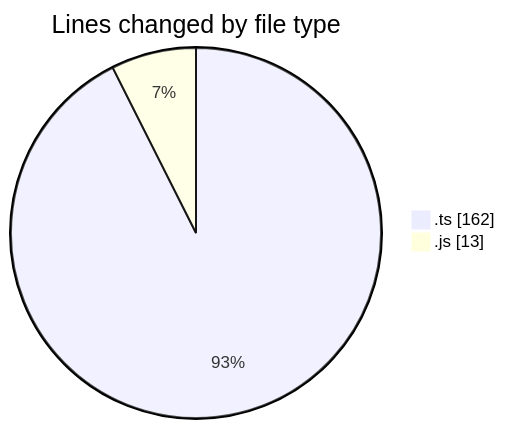
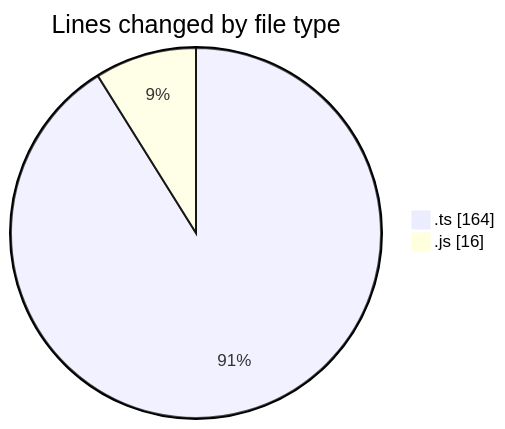
Before and after one commit to momahboobian/code-tracking: the first of 2 diagrams in 2025-03-12/cda/README.md, drawn with Mermaid. The commit also changed other lines of this file and 1 other file, not shown here.

````diff
--- a/2025-03-12/cda/README.md
+++ b/2025-03-12/cda/README.md
@@ -23,6 +23,6 @@
 ```mermaid
 pie showData
 title Lines changed by file type
-".ts" : 162
-".js" : 13
+".ts" : 164
+".js" : 16
 ```
````
